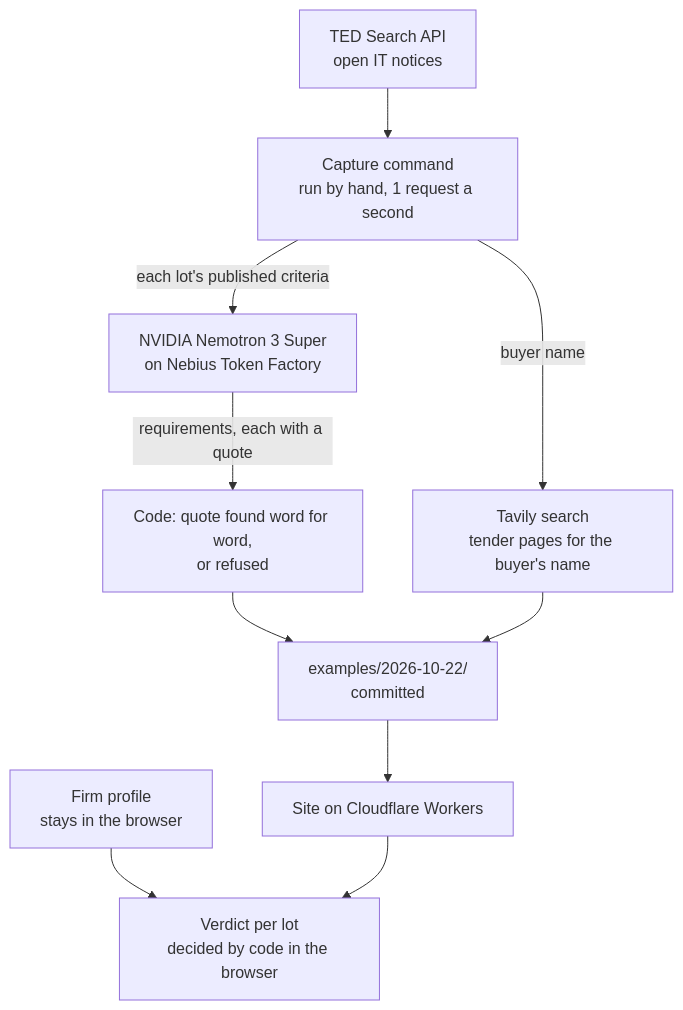
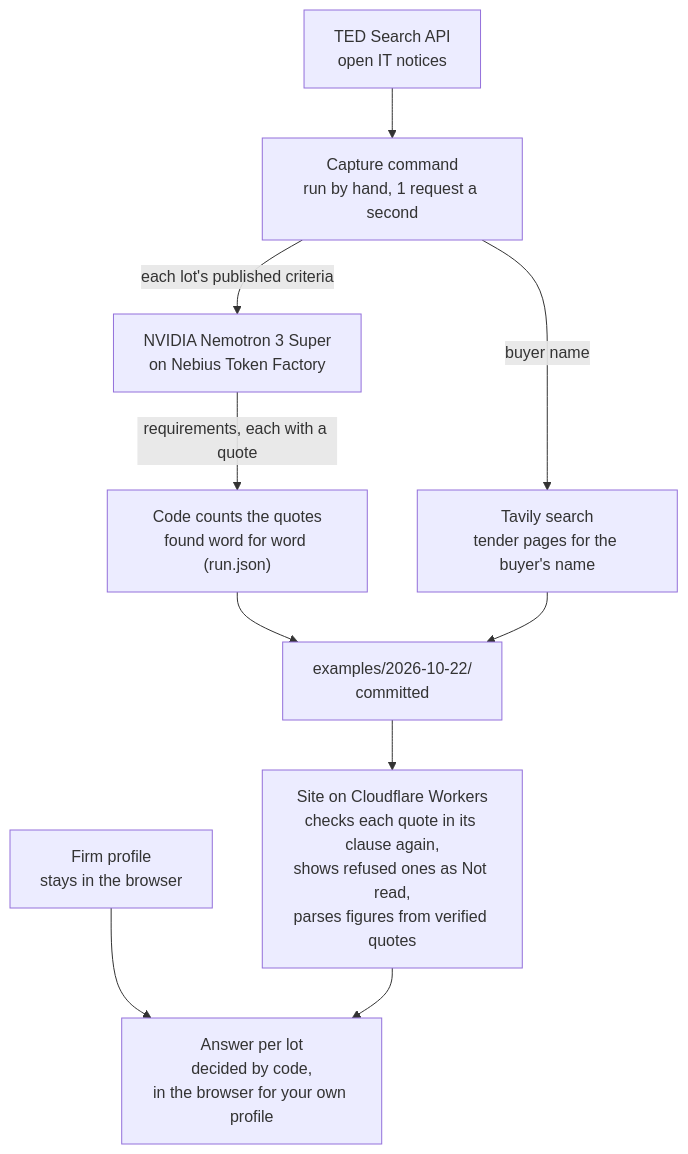
The diagram in README.md (voyagi/pagefifty), drawn with Mermaid before and after one commit. The commit also changed other lines of this file and 3 other files, not shown here.

First line of the commit message:
docs(readme): say what the run read, and pin each new figure

````diff
--- a/README.md
+++ b/README.md
@@ -54,12 +59,12 @@
 ```mermaid
 flowchart TD
   ted["TED Search API<br/>open IT notices"] --> capture["Capture command<br/>run by hand, 1 request a second"]
   capture -- "each lot's published criteria" --> model["NVIDIA Nemotron 3 Super<br/>on Nebius Token Factory"]
-  model -- "requirements, each with a quote" --> check["Code: quote found word for word,<br/>or refused"]
+  model -- "requirements, each with a quote" --> check["Code counts the quotes<br/>found word for word (run.json)"]
   capture -- "buyer name" --> tavily["Tavily search<br/>tender pages for the buyer's name"]
   check --> folder["examples/2026-10-22/<br/>committed"]
   tavily --> folder
-  folder --> site["Site on Cloudflare Workers"]
-  profile["Firm profile<br/>stays in the browser"] --> verdict["Verdict per lot<br/>decided by code in the browser"]
+  folder --> site["Site on Cloudflare Workers<br/>checks each quote in its clause again,<br/>shows refused ones as Not read,<br/>parses figures from verified quotes"]
+  profile["Firm profile<br/>stays in the browser"] --> verdict["Answer per lot<br/>decided by code,<br/>in the browser for your own profile"]
   site --> verdict
 ```
````
